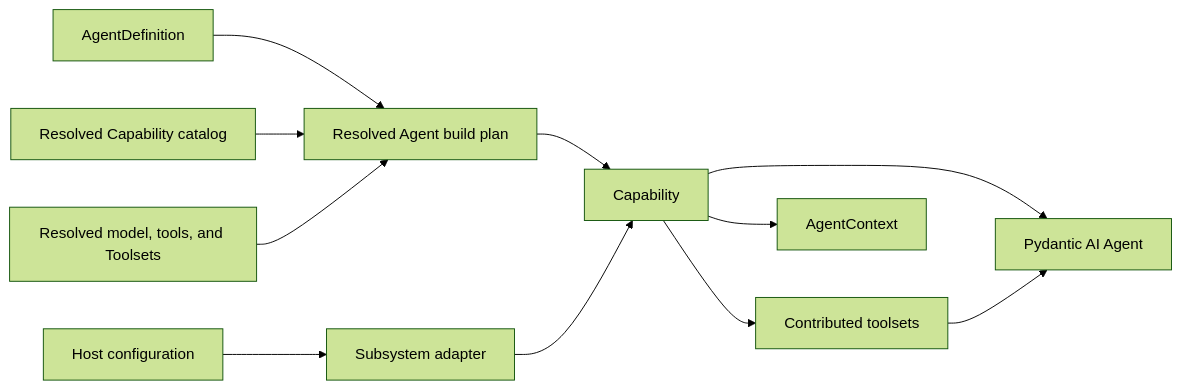
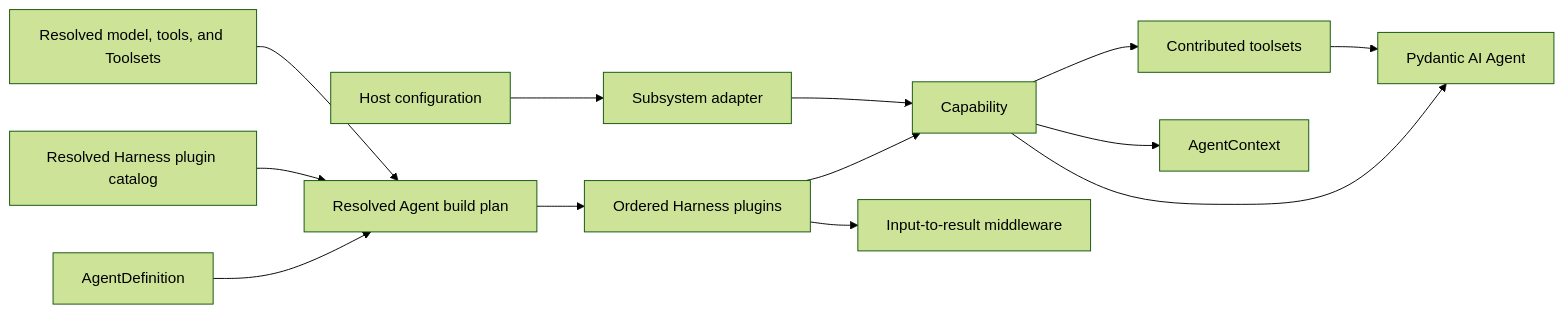
Before and after one commit to LTThreeComma/agent-foundation: the third of 3 diagrams in spec/agent-harness/00-overview.md, drawn with Mermaid (forest theme). The commit also changed other lines of this file and 21 other files, not shown here.

First line of the commit message:
feat(harness): define first-class plugin lifecycle

````diff
--- a/spec/agent-harness/00-overview.md
+++ b/spec/agent-harness/00-overview.md
@@ -135,13 +138,15 @@
 ```mermaid
 flowchart LR
     AgentDefinition --> Plan[Resolved Agent build plan]
-    Catalog[Resolved Capability catalog] --> Plan
+    Catalog[Resolved Harness plugin catalog] --> Plan
     Native[Resolved model, tools, and Toolsets] --> Plan
-    Plan --> Capability
+    Plan --> Plugin[Ordered Harness plugins]
+    Plugin --> Capability
     HostConfig[Host configuration] --> ProviderAdapter[Subsystem adapter]
+    Plugin --> RunPath[Input-to-result middleware]
     Capability --> PydanticAgent[Pydantic AI Agent]
     Capability --> Toolset[Contributed toolsets]
     Toolset --> PydanticAgent
     ProviderAdapter --> Capability
     Capability --> AgentContext
 ```
````
